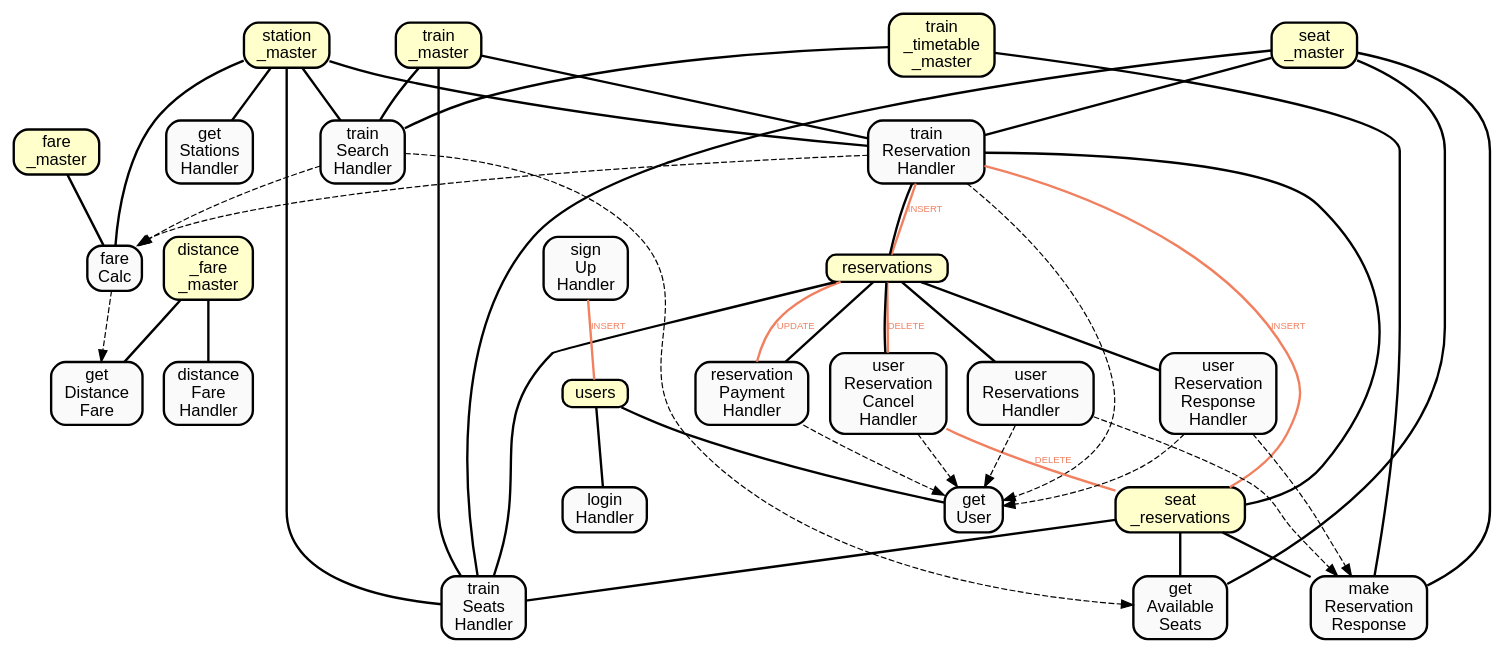
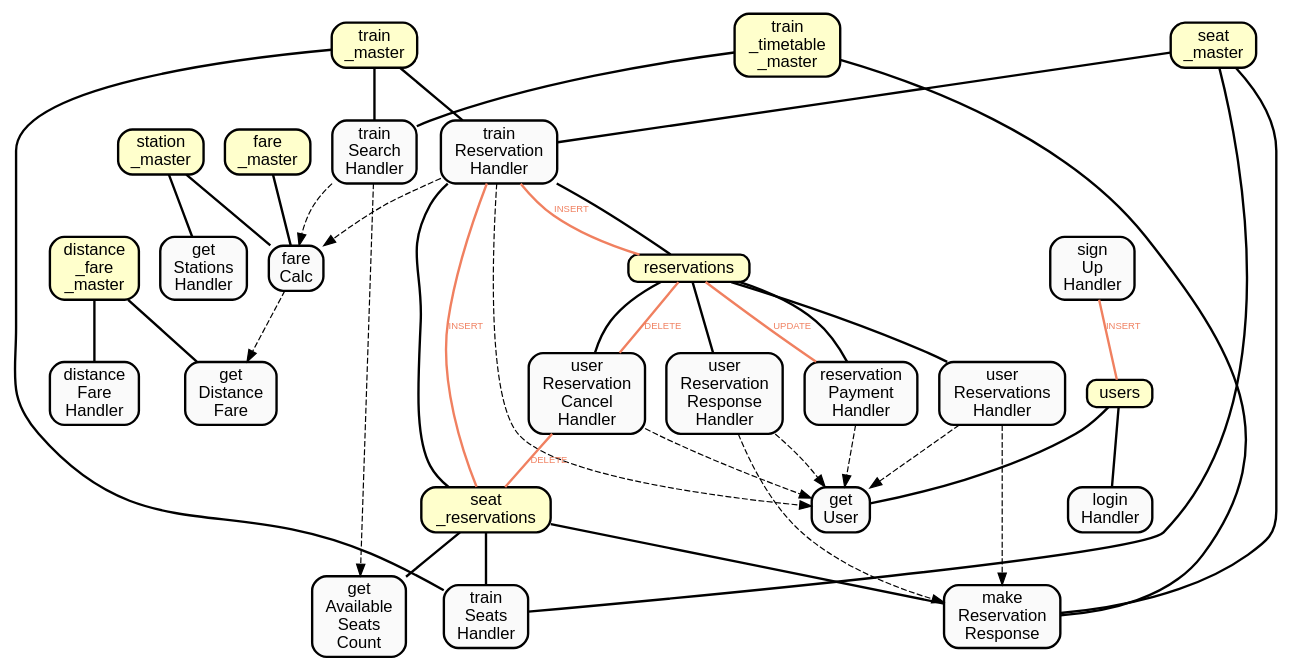
Before and after one commit to Muratam/isucon9f: the diagram in utils/sqlgraph.dot, drawn with Graphviz. The commit also changed 1 other file, not shown here.

```diff
--- a/utils/sqlgraph.dot
+++ b/utils/sqlgraph.dot
@@ -55,7 +55,8 @@
 Handler"];
 a3[label="get
 Available
-Seats"];
+Seats
+Count"];
 a14 -> a6; 
 a14[label="user
 Reservation
@@ -107,15 +108,13 @@
 _master",shape=box, style="filled, bold, rounded", fillcolor="#ffffcc"];
 a2[label="fare
 Calc"];
-seat_master -> a3[style="bold"][dir="none"];
-seat_master[label="seat
-_master",shape=box, style="filled, bold, rounded", fillcolor="#ffffcc"];
 seat_reservations -> a3[style="bold"][dir="none"];
 seat_reservations[label="seat
 _reservations",shape=box, style="filled, bold, rounded", fillcolor="#ffffcc"];
 a3[label="get
 Available
-Seats"];
+Seats
+Count"];
 distance_fare_master -> a4[style="bold"][dir="none"];
 distance_fare_master[label="distance
 _fare
@@ -165,9 +164,6 @@
 train_master -> a11[style="bold"][dir="none"];
 train_master[label="train
 _master",shape=box, style="filled, bold, rounded", fillcolor="#ffffcc"];
-station_master -> a11[style="bold"][dir="none"];
-station_master[label="station
-_master",shape=box, style="filled, bold, rounded", fillcolor="#ffffcc"];
 seat_master -> a11[style="bold"][dir="none"];
 seat_master[label="seat
 _master",shape=box, style="filled, bold, rounded", fillcolor="#ffffcc"];
@@ -184,9 +180,6 @@
 a11[label="train
 Reservation
 Handler"];
-station_master -> a12[style="bold"][dir="none"];
-station_master[label="station
-_master",shape=box, style="filled, bold, rounded", fillcolor="#ffffcc"];
 train_master -> a12[style="bold"][dir="none"];
 train_master[label="train
 _master",shape=box, style="filled, bold, rounded", fillcolor="#ffffcc"];
@@ -200,17 +193,12 @@
 train_master -> a13[style="bold"][dir="none"];
 train_master[label="train
 _master",shape=box, style="filled, bold, rounded", fillcolor="#ffffcc"];
-station_master -> a13[style="bold"][dir="none"];
-station_master[label="station
-_master",shape=box, style="filled, bold, rounded", fillcolor="#ffffcc"];
 seat_master -> a13[style="bold"][dir="none"];
 seat_master[label="seat
 _master",shape=box, style="filled, bold, rounded", fillcolor="#ffffcc"];
 seat_reservations -> a13[style="bold"][dir="none"];
 seat_reservations[label="seat
 _reservations",shape=box, style="filled, bold, rounded", fillcolor="#ffffcc"];
-reservations -> a13[style="bold"][dir="none"];
-reservations[label="reservations",shape=box, style="filled, bold, rounded", fillcolor="#ffffcc"];
 a13[label="train
 Seats
 Handler"];
```
